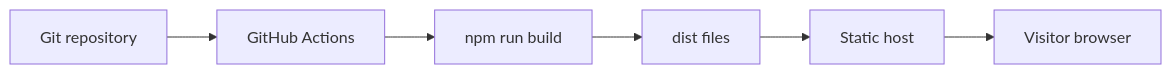
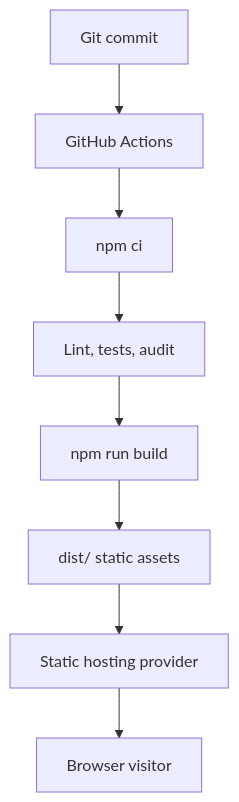
Before and after one commit to Brajesh31/chat-bot: the diagram in docs/diagrams/DEPLOYMENT.md, drawn with Mermaid. The commit also changed other lines of this file and 84 other files, not shown here.

````diff
--- a/docs/diagrams/DEPLOYMENT.md
+++ b/docs/diagrams/DEPLOYMENT.md
@@ -3,8 +5,10 @@
 ```mermaid
-flowchart LR
- Repo[Git repository] --> CI[GitHub Actions]
- CI --> Build[npm run build]
- Build --> Dist[dist files]
- Dist --> Host[Static host]
- Host --> Browser[Visitor browser]
+flowchart TD
+ Commit[Git commit] --> CI[GitHub Actions]
+ CI --> Install[npm ci]
+ Install --> Quality[Lint, tests, audit]
+ Quality --> Build[npm run build]
+ Build --> Artifact[dist/ static assets]
+ Artifact --> Host[Static hosting provider]
+ Host --> Visitor[Browser visitor]
 ```
````
